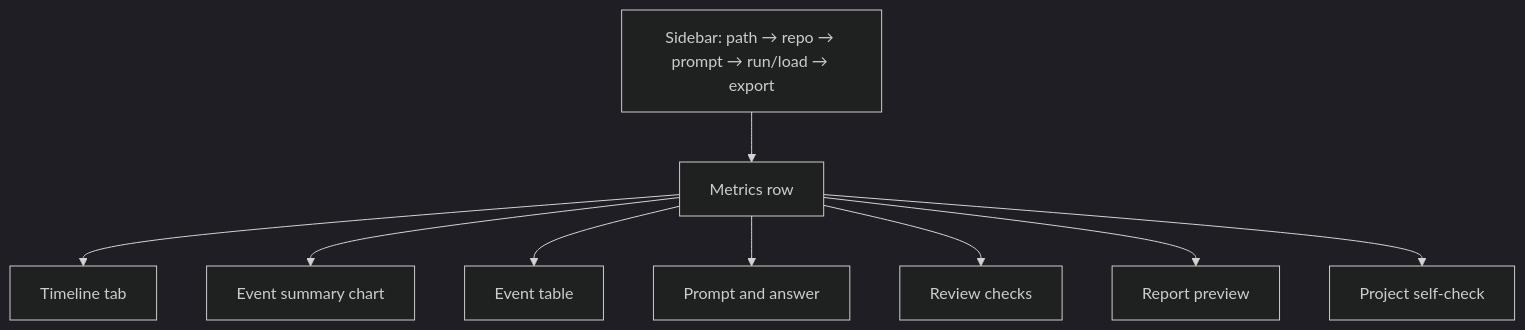
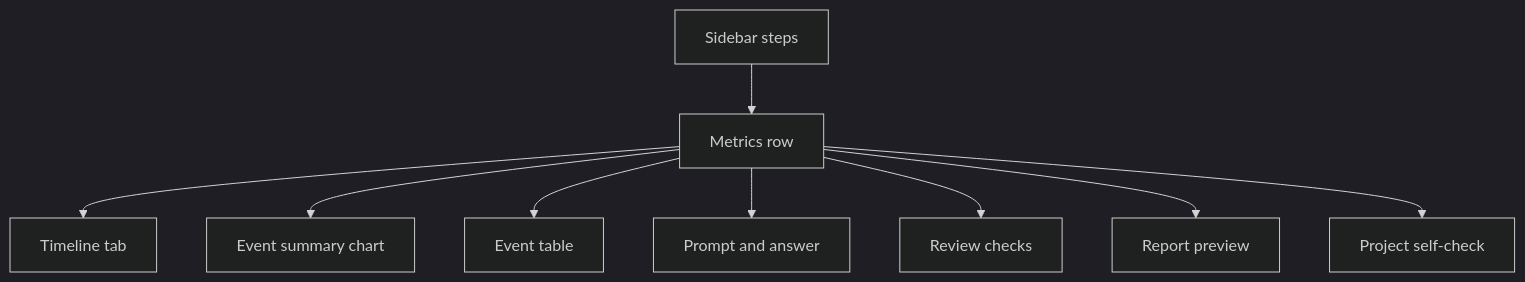
The sixth of 9 diagrams in README.md (GwriPennar/cursor-sdk-flight-recorder), drawn with Mermaid (dark theme) before and after one commit. The commit also changed other lines of this file, not shown here.

First line of the commit message:
fix: repair README Mermaid and tables for GitHub rendering

````diff
--- a/README.md
+++ b/README.md
@@ -232,20 +232,20 @@
 ```mermaid
 flowchart TB
-    SB[Sidebar: path → repo → prompt → run/load → export]
+    SB[Sidebar steps]
     M[Metrics row]
     T[Timeline tab]
     S[Event summary chart]
-    TB[Event table]
+    TabTable[Event table]
     PA[Prompt and answer]
     RC[Review checks]
     RP[Report preview]
     SC[Project self-check]
     SB --> M
     M --> T
     M --> S
-    M --> TB
+    M --> TabTable
     M --> PA
     M --> RC
     M --> RP
     M --> SC
 ```
````
